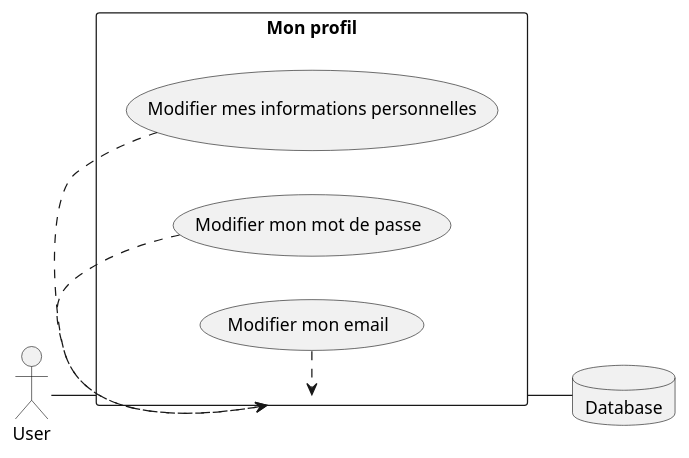
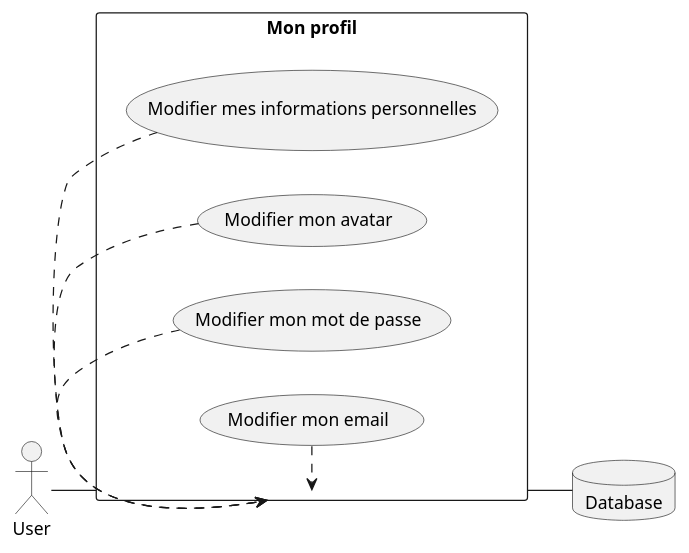
The diagram in docs/uml/use-cases/lecteur-profil.puml (SylvainGUERRIN/front2back), drawn with PlantUML before and after one commit. The commit also changed 8 other files, not shown here.

```diff
--- a/docs/uml/use-cases/lecteur-profil.puml
+++ b/docs/uml/use-cases/lecteur-profil.puml
@@ -1,14 +1,15 @@
 @startuml
 left to right direction
 skinparam packageStyle rectangle
 actor User
 database Database
 
 rectangle "Mon profil" {
     User -- (Mon profil)
     (Modifier mes informations personnelles) .> (Mon profil)
+    (Modifier mon avatar) .> (Mon profil)
     (Modifier mon mot de passe) .> (Mon profil)
     (Modifier mon email) .> (Mon profil)
     (Mon profil) -- Database
 }
 @enduml
```
